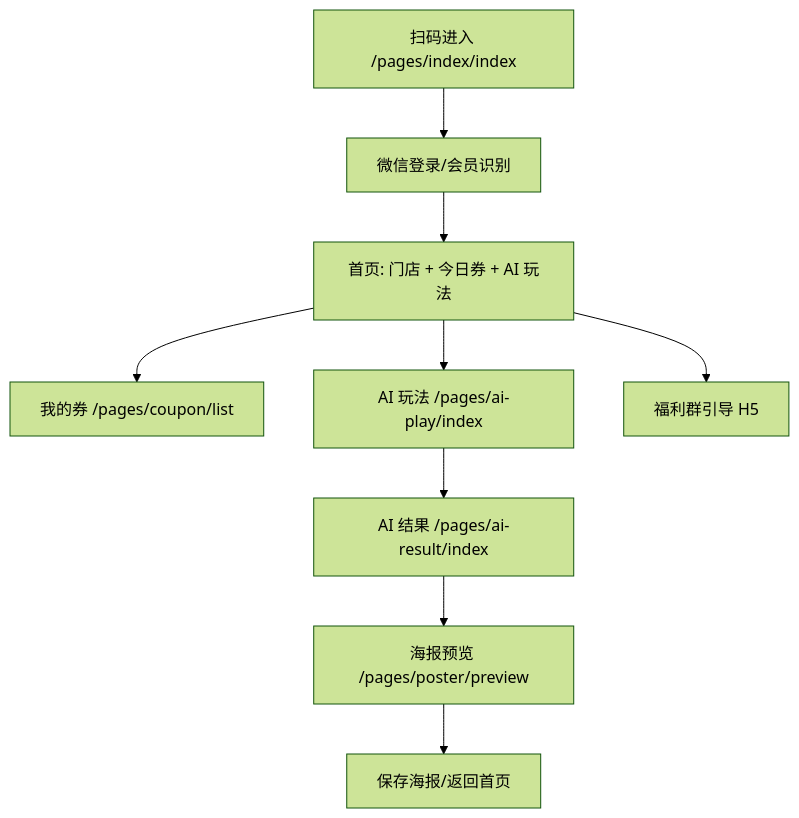
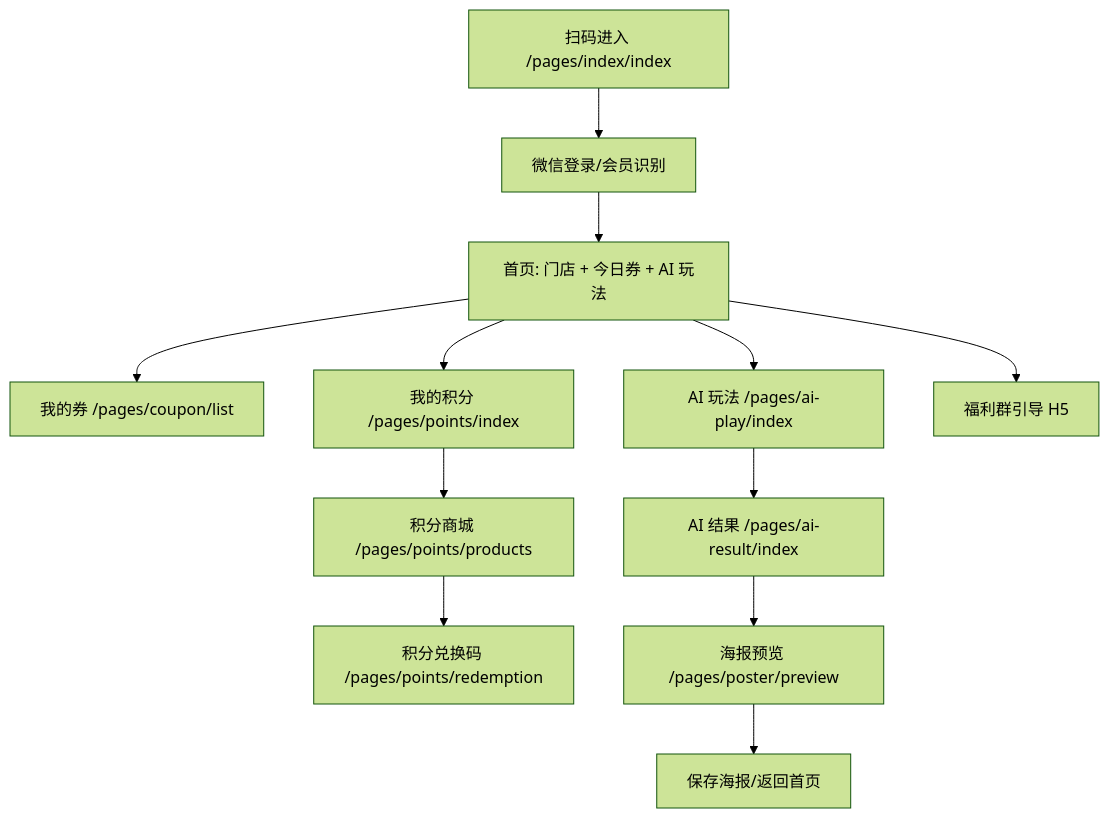
The diagram in docs/standard-mvp/09-prototype-pages.md (wp746/liaoke-ai), drawn with Mermaid (forest theme) before and after one commit. The commit also changed other lines of this file and 17 other files, not shown here.

````diff
--- a/docs/standard-mvp/09-prototype-pages.md
+++ b/docs/standard-mvp/09-prototype-pages.md
@@ -9,11 +9,14 @@
 ```mermaid
 flowchart TD
   A["扫码进入 /pages/index/index"] --> B["微信登录/会员识别"]
   B --> C["首页: 门店 + 今日券 + AI 玩法"]
   C --> D["我的券 /pages/coupon/list"]
+  C --> J["我的积分 /pages/points/index"]
+  J --> K["积分商城 /pages/points/products"]
+  K --> L["积分兑换码 /pages/points/redemption"]
   C --> E["AI 玩法 /pages/ai-play/index"]
   E --> F["AI 结果 /pages/ai-result/index"]
   F --> G["海报预览 /pages/poster/preview"]
   G --> H["保存海报/返回首页"]
   C --> I["福利群引导 H5"]
 ```
````
